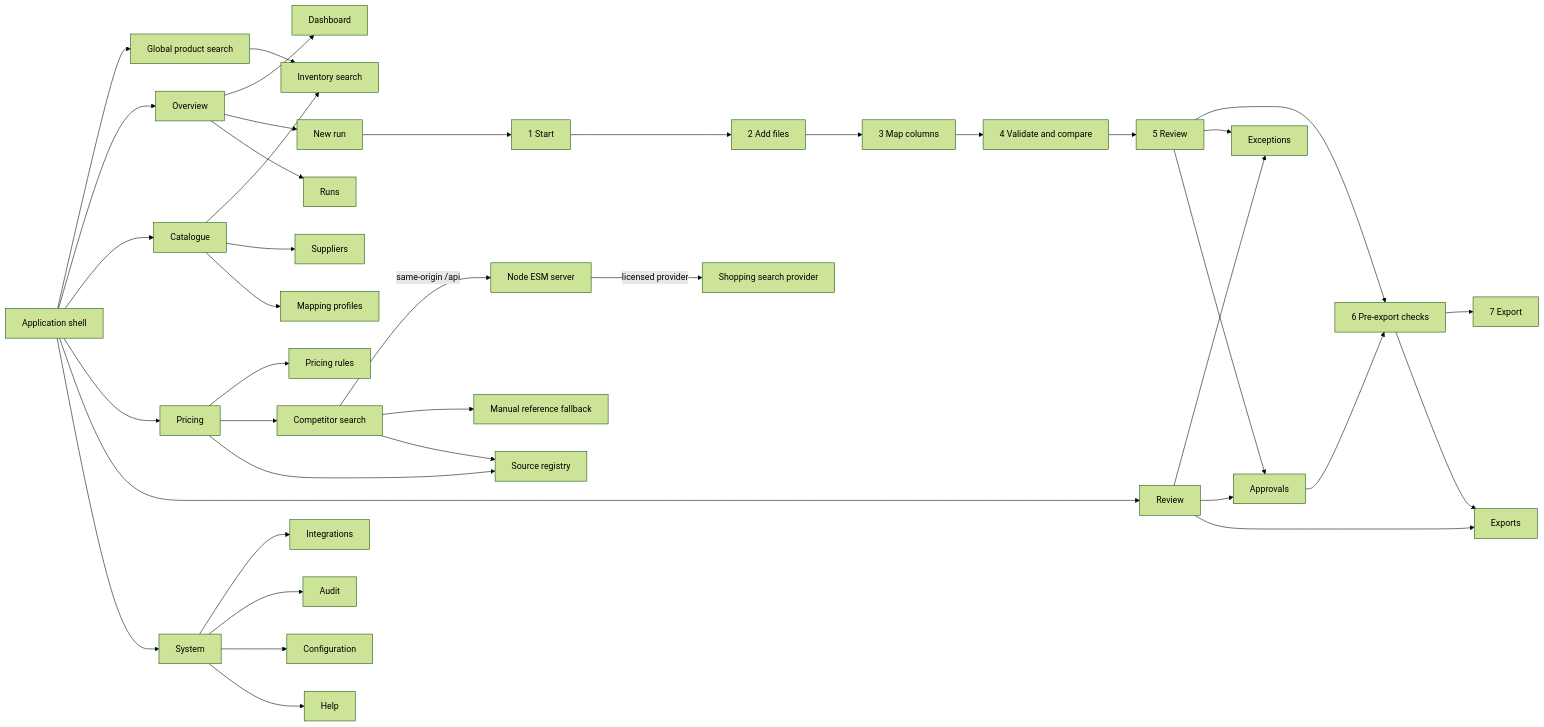
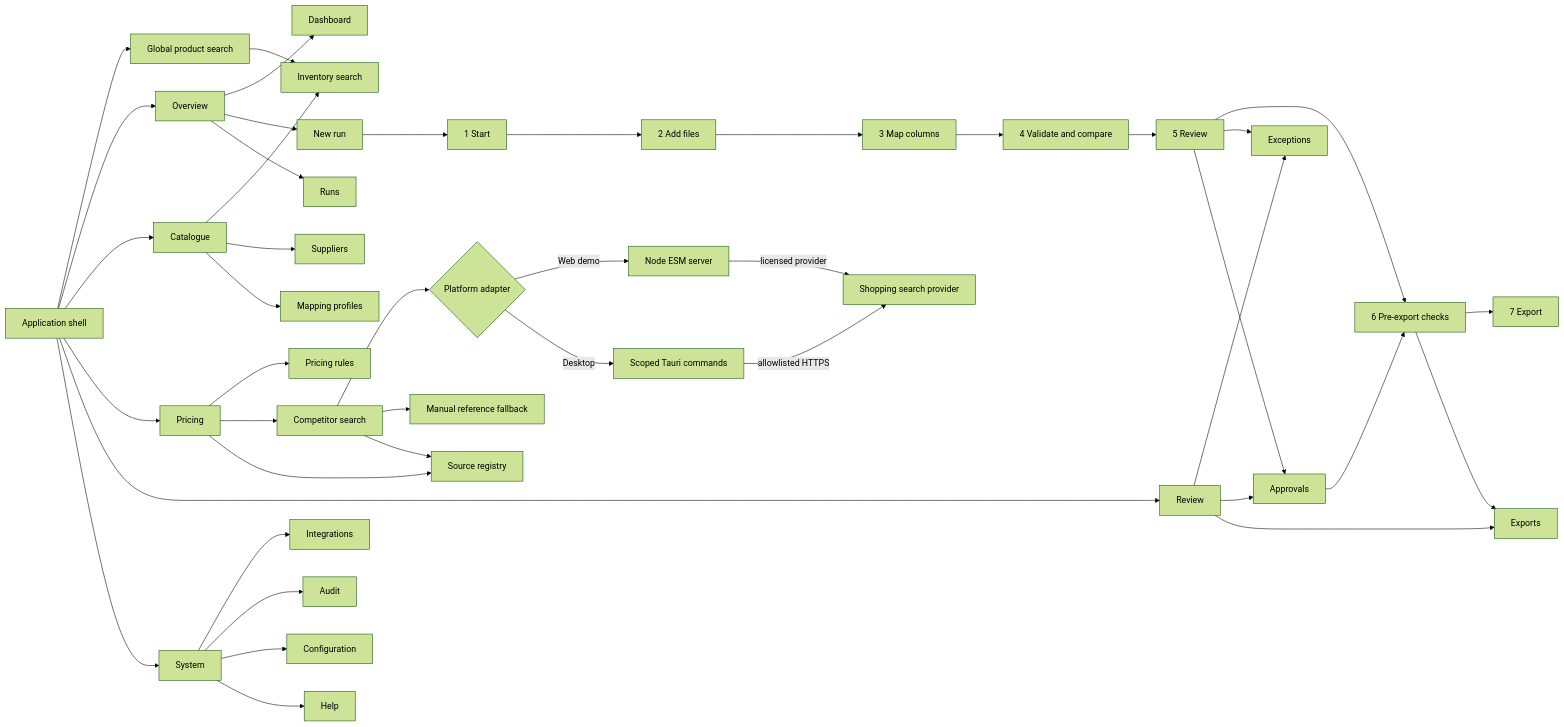
Before and after one commit to Sajeevanveeriah/Inventory-Management-SWL: the diagram in docs/20260807-SWL-Interface-Map-Rev00.md, drawn with Mermaid (forest theme). The commit also changed other lines of this file and 109 other files, not shown here.

````diff
--- a/docs/20260807-SWL-Interface-Map-Rev00.md
+++ b/docs/20260807-SWL-Interface-Map-Rev00.md
@@ -3,44 +3,47 @@
 ```mermaid
 flowchart LR
   Shell[Application shell] --> Search[Global product search]
   Search --> Inventory[Inventory search]
   Shell --> Overview[Overview]
   Shell --> Catalogue[Catalogue]
   Shell --> Pricing[Pricing]
   Shell --> Review[Review]
   Shell --> System[System]
 
   Overview --> Dashboard[Dashboard]
   Overview --> NewRun[New run]
   Overview --> Runs[Runs]
   Catalogue --> Inventory
   Catalogue --> Suppliers[Suppliers]
   Catalogue --> MappingProfiles[Mapping profiles]
   Pricing --> PricingRules[Pricing rules]
   Pricing --> Competitors[Competitor search]
   Pricing --> Sources[Source registry]
   Review --> Exceptions[Exceptions]
   Review --> Approvals[Approvals]
   Review --> Exports[Exports]
   System --> Integrations[Integrations]
   System --> Audit[Audit]
   System --> Configuration[Configuration]
   System --> Help[Help]
 
   NewRun --> Start[1 Start]
   Start --> Files[2 Add files]
   Files --> Mapping[3 Map columns]
   Mapping --> Validate[4 Validate and compare]
   Validate --> ReviewRows[5 Review]
   ReviewRows --> Checks[6 Pre-export checks]
   Checks --> Export[7 Export]
   ReviewRows --> Exceptions
   ReviewRows --> Approvals
   Approvals --> Checks
   Checks --> Exports
 
-  Competitors -->|same-origin /api| Node[Node ESM server]
+  Competitors --> Adapter{Platform adapter}
+  Adapter -->|Web demo| Node[Node ESM server]
+  Adapter -->|Desktop| Rust[Scoped Tauri commands]
   Node -->|licensed provider| Provider[Shopping search provider]
+  Rust -->|allowlisted HTTPS| Provider
   Competitors --> Manual[Manual reference fallback]
   Competitors --> Sources
 ```
````
